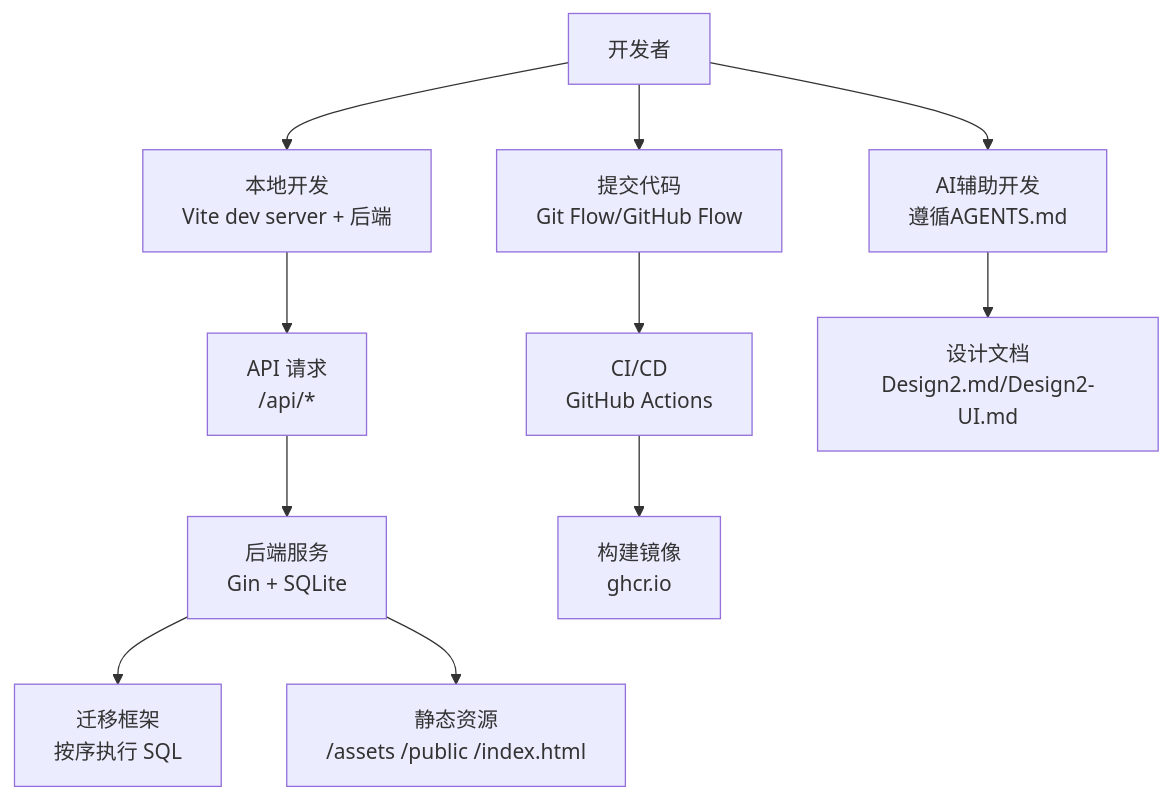
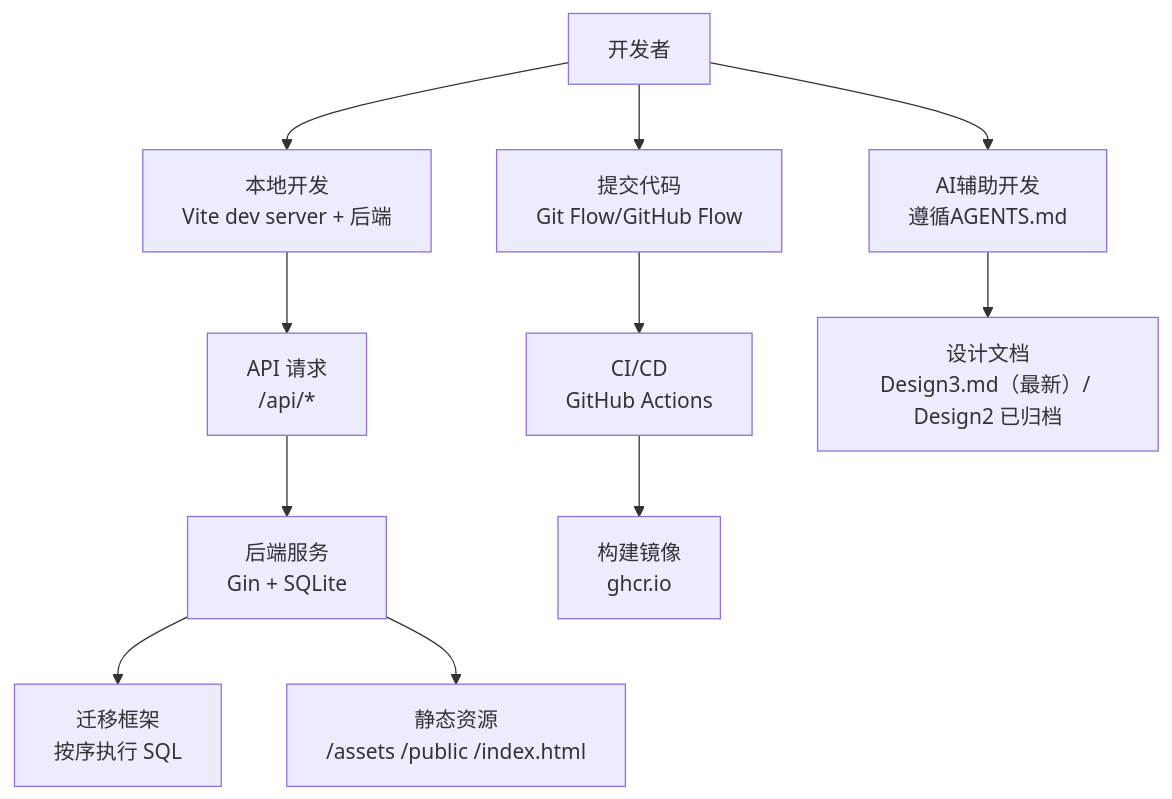
The first of 6 diagrams in .qoder/repowiki/zh/content/开发指南/开发工作流.md (AlcaProphet/VPN-Subscription-Management), drawn with Mermaid before and after one commit. The commit also changed other lines of this file and 52 other files, not shown here.

````diff
--- a/.qoder/repowiki/zh/content/开发指南/开发工作流.md
+++ b/.qoder/repowiki/zh/content/开发指南/开发工作流.md
@@ -54,13 +54,13 @@
 ```mermaid
 graph TB
 A["开发者"] --> B["本地开发<br/>Vite dev server + 后端"]
 B --> C["API 请求<br/>/api/*"]
 C --> D["后端服务<br/>Gin + SQLite"]
 D --> E["迁移框架<br/>按序执行 SQL"]
 D --> F["静态资源<br/>/assets /public /index.html"]
 A --> G["提交代码<br/>Git Flow/GitHub Flow"]
 G --> H["CI/CD<br/>GitHub Actions"]
 H --> I["构建镜像<br/>ghcr.io"]
 A --> J["AI辅助开发<br/>遵循AGENTS.md"]
-J --> K["设计文档<br/>Design2.md/Design2-UI.md"]
+J --> K["设计文档<br/>Design3.md（最新）/ Design2 已归档"]
 ```
````
